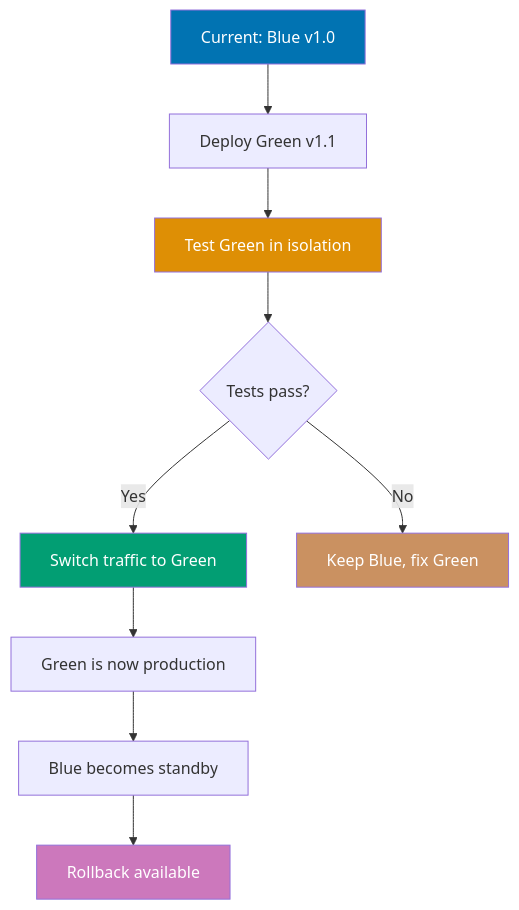
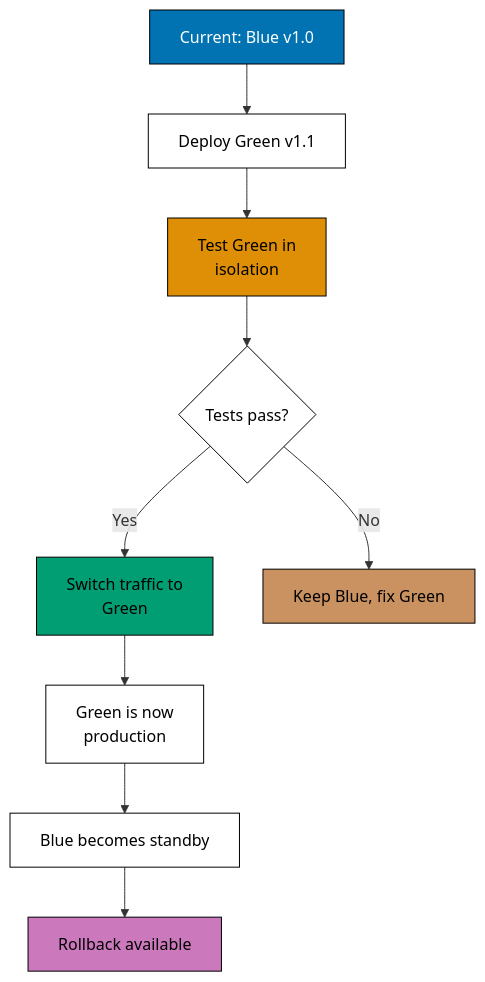
The tenth of 10 diagrams in apps/ayokoding-www/content/en/learn/legacy/software-engineering/platforms/web/tools/elixir-phoenix/by-example/advanced.md (wahidyankf/ose-public), drawn with Mermaid before and after one commit. The commit also changed other lines of this file and 130 other files, not shown here.

First line of the commit message:
fix(mermaid): bring the legacy platforms diagrams onto the accessible palette

````diff
--- a/apps/ayokoding-www/content/en/learn/legacy/software-engineering/platforms/web/tools/elixir-phoenix/by-example/advanced.md
+++ b/apps/ayokoding-www/content/en/learn/legacy/software-engineering/platforms/web/tools/elixir-phoenix/by-example/advanced.md
@@ -1758,18 +1808,26 @@
 ```mermaid
 %% Blue-green deployment flow
 graph TD
+    accTitle: Example 70: Blue-Green Deployment for Zero-Downtime Releases
+    accDescr: Graph with 9 nodes and 8 connections. Nodes: Current: Blue v1.0, Deploy Green v1.1, Test Green in isolation, Tests pass?, Switch traffic to Green, Keep Blue, fix Green, Green is now production, Blue becomes standby, Rollback available. Connections: Current: Blue v1.0 to Deploy Green v1.1, Deploy Green v1.1 to Test Green in isolation, Test Green in isolation to Tests pass?, Tests pass? to Switch traffic to Green (Yes), Tests pass? to Keep Blue, fix Green (No), Switch traffic to Green to Green is now production, Green is now production to Blue becomes standby, Blue becomes standby to Rollback available.
     A[Current: Blue v1.0] --> B[Deploy Green v1.1]
-    B --> C[Test Green in isolation]
+    B --> C[Test Green in<br/>isolation]
     C --> D{Tests pass?}
-    D -->|Yes| E[Switch traffic to Green]
+    D -->|Yes| E[Switch traffic to<br/>Green]
     D -->|No| F[Keep Blue, fix Green]
-    E --> G[Green is now production]
+    E --> G[Green is now<br/>production]
     G --> H[Blue becomes standby]
     H --> I[Rollback available]
 
-    style A fill:#0173B2,color:#fff
-    style C fill:#DE8F05,color:#fff
-    style E fill:#029E73,color:#fff
-    style F fill:#CA9161,color:#fff
-    style I fill:#CC78BC,color:#fff
+    classDef pal-0173B2 fill:#0173B2,stroke:#000000,color:#FFFFFF
+    class A pal-0173B2
+    classDef pal-DE8F05 fill:#DE8F05,stroke:#000000,color:#000000
+    class C pal-DE8F05
+    classDef pal-029E73 fill:#029E73,stroke:#000000,color:#000000
+    class E pal-029E73
+    classDef pal-CA9161 fill:#CA9161,stroke:#000000,color:#000000
+    class F pal-CA9161
+    classDef pal-CC78BC fill:#CC78BC,stroke:#000000,color:#000000
+    class I pal-CC78BC
+    classDef default fill:#FFFFFF,stroke:#000000,color:#000000
 ```
````
